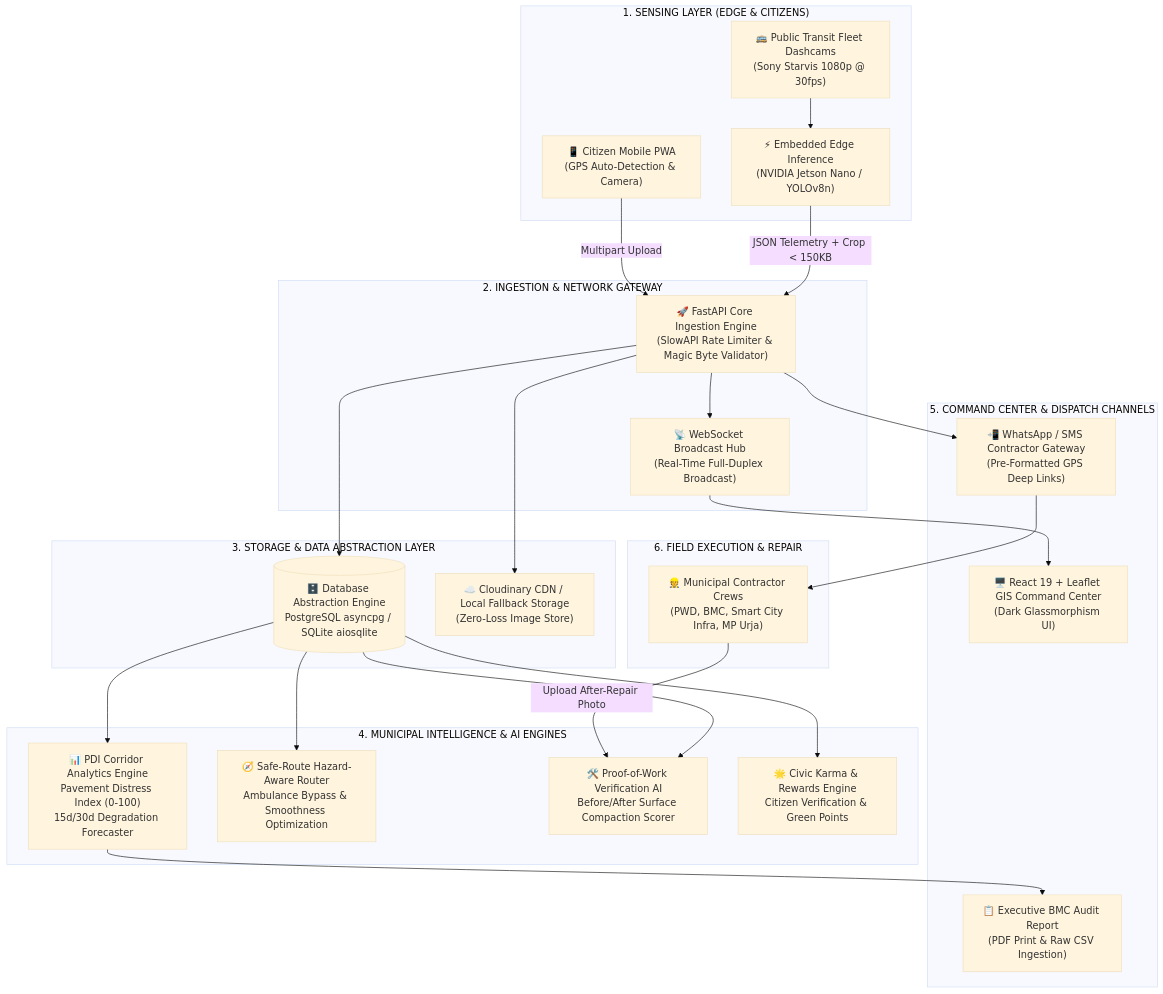
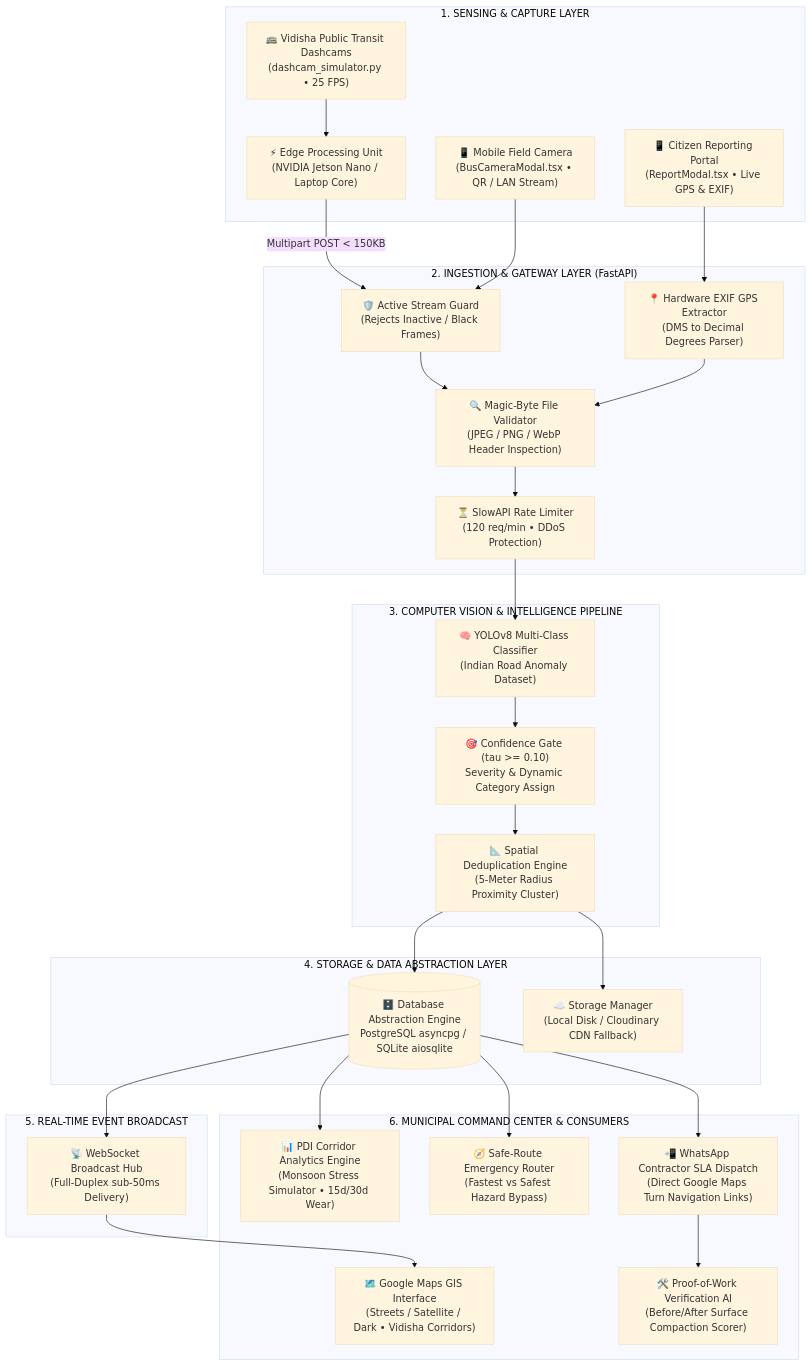
The first of 4 diagrams in ARCHITECTURE.md (bhushzn/urban-inteligence), drawn with Mermaid (base theme) before and after one commit. The commit also changed other lines of this file and 1 other file, not shown here.

Commit message:
docs: add comprehensive technical approach, system architecture diagrams, and operational flowcharts for Vidisha deployment

````diff
--- a/ARCHITECTURE.md
+++ b/ARCHITECTURE.md
@@ -10,50 +11,61 @@
 ```mermaid
 flowchart TB
-    subgraph "1. SENSING LAYER (EDGE & CITIZENS)"
-        BusCam["🚌 Public Transit Fleet Dashcams\n(Sony Starvis 1080p @ 30fps)"]
-        CitizenApp["📱 Citizen Mobile PWA\n(GPS Auto-Detection & Camera)"]
-        EdgeAI["⚡ Embedded Edge Inference\n(NVIDIA Jetson Nano / YOLOv8n)"]
-        BusCam --> EdgeAI
+    subgraph SENSING["1. SENSING & CAPTURE LAYER"]
+        BusCam["🚌 Vidisha Public Transit Dashcams\n(dashcam_simulator.py • 25 FPS)"]
+        MobileCam["📱 Mobile Field Camera\n(BusCameraModal.tsx • QR / LAN Stream)"]
+        CitizenApp["📱 Citizen Reporting Portal\n(ReportModal.tsx • Live GPS & EXIF)"]
+        EdgeInference["⚡ Edge Processing Unit\n(NVIDIA Jetson Nano / Laptop Core)"]
+        BusCam --> EdgeInference
     end
 
-    subgraph "2. INGESTION & NETWORK GATEWAY"
-        FastAPI["🚀 FastAPI Core Ingestion Engine\n(SlowAPI Rate Limiter & Magic Byte Validator)"]
-        WSManager["📡 WebSocket Broadcast Hub\n(Real-Time Full-Duplex Broadcast)"]
-        EdgeAI -->|JSON Telemetry + Crop < 150KB| FastAPI
-        CitizenApp -->|Multipart Upload| FastAPI
-        FastAPI --> WSManager
+    subgraph GATEWAY["2. INGESTION & GATEWAY LAYER (FastAPI)"]
+        ActiveStreamGuard["🛡️ Active Stream Guard\n(Rejects Inactive / Black Frames)"]
+        ExifParser["📍 Hardware EXIF GPS Extractor\n(DMS to Decimal Degrees Parser)"]
+        RateLimiter["⏳ SlowAPI Rate Limiter\n(120 req/min • DDoS Protection)"]
+        MagicBytesFilter["🔍 Magic-Byte File Validator\n(JPEG / PNG / WebP Header Inspection)"]
+        
+        EdgeInference -->|Multipart POST < 150KB| ActiveStreamGuard
+        MobileCam --> ActiveStreamGuard
+        CitizenApp --> ExifParser
+        ActiveStreamGuard --> MagicBytesFilter
+        ExifParser --> MagicBytesFilter
+        MagicBytesFilter --> RateLimiter
     end
 
-    subgraph "3. STORAGE & DATA ABSTRACTION LAYER"
-        DualDB[("🗄️ Database Abstraction Engine\nPostgreSQL asyncpg / SQLite aiosqlite")]
-        CDN["☁️ Cloudinary CDN / Local Fallback Storage\n(Zero-Loss Image Store)"]
-        FastAPI --> DualDB
-        FastAPI --> CDN
+    subgraph AI_PIPELINE["3. COMPUTER VISION & INTELLIGENCE PIPELINE"]
+        YoloModel["🧠 YOLOv8 Multi-Class Classifier\n(Indian Road Anomaly Dataset)"]
+        ConfidenceFilter["🎯 Confidence Gate (tau >= 0.10)\nSeverity & Dynamic Category Assign"]
+        SpatialDedupe["📐 Spatial Deduplication Engine\n(5-Meter Radius Proximity Cluster)"]
+        
+        RateLimiter --> YoloModel
+        YoloModel --> ConfidenceFilter
+        ConfidenceFilter --> SpatialDedupe
     end
 
-    subgraph "4. MUNICIPAL INTELLIGENCE & AI ENGINES"
-        PDIEngine["📊 PDI Corridor Analytics Engine\nPavement Distress Index (0-100)\n15d/30d Degradation Forecaster"]
-        SafeRouter["🧭 Safe-Route Hazard-Aware Router\nAmbulance Bypass & Smoothness Optimization"]
-        VerifyAI["🛠️ Proof-of-Work Verification AI\nBefore/After Surface Compaction Scorer"]
-        KarmaEngine["🌟 Civic Karma & Rewards Engine\nCitizen Verification & Green Points"]
-        DualDB --> PDIEngine
-        DualDB --> SafeRouter
-        DualDB --> VerifyAI
-        DualDB --> KarmaEngine
+    subgraph PERSISTENCE["4. STORAGE & DATA ABSTRACTION LAYER"]
+        DualDB[("🗄️ Database Abstraction Engine\nPostgreSQL asyncpg / SQLite aiosqlite")]
+        DiskStorage["☁️ Storage Manager\n(Local Disk / Cloudinary CDN Fallback)"]
+        
+        SpatialDedupe --> DualDB
+        SpatialDedupe --> DiskStorage
     end
 
-    subgraph "5. COMMAND CENTER & DISPATCH CHANNELS"
-        Dashboard["🖥️ React 19 + Leaflet GIS Command Center\n(Dark Glassmorphism UI)"]
-        WhatsApp["📲 WhatsApp / SMS Contractor Gateway\n(Pre-Formatted GPS Deep Links)"]
-        ExecAudit["📋 Executive BMC Audit Report\n(PDF Print & Raw CSV Ingestion)"]
-        WSManager --> Dashboard
-        FastAPI --> WhatsApp
-        PDIEngine --> ExecAudit
+    subgraph BROADCAST["5. REAL-TIME EVENT BROADCAST"]
+        WebSocketHub["📡 WebSocket Broadcast Hub\n(Full-Duplex sub-50ms Delivery)"]
+        DualDB --> WebSocketHub
     end
 
-    subgraph "6. FIELD EXECUTION & REPAIR"
-        Contractors["👷 Municipal Contractor Crews\n(PWD, BMC, Smart City Infra, MP Urja)"]
-        WhatsApp --> Contractors
-        Contractors -->|Upload After-Repair Photo| VerifyAI
+    subgraph COMMAND_CENTER["6. MUNICIPAL COMMAND CENTER & CONSUMERS"]
+        GoogleMapUI["🗺️ Google Maps GIS Interface\n(Streets / Satellite / Dark • Vidisha Corridors)"]
+        PdiForecaster["📊 PDI Corridor Analytics Engine\n(Monsoon Stress Simulator • 15d/30d Wear)"]
+        SafeRouteEngine["🧭 Safe-Route Emergency Router\n(Fastest vs Safest Hazard Bypass)"]
+        WhatsAppGateway["📲 WhatsApp Contractor SLA Dispatch\n(Direct Google Maps Turn Navigation Links)"]
+        PowVerifier["🛠️ Proof-of-Work Verification AI\n(Before/After Surface Compaction Scorer)"]
+        
+        WebSocketHub --> GoogleMapUI
+        DualDB --> PdiForecaster
+        DualDB --> SafeRouteEngine
+        DualDB --> WhatsAppGateway
+        WhatsAppGateway --> PowVerifier
     end
 ```
````
